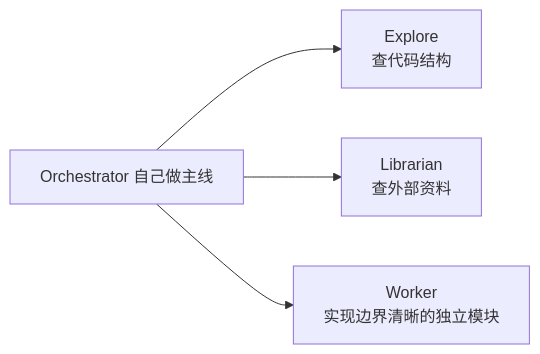
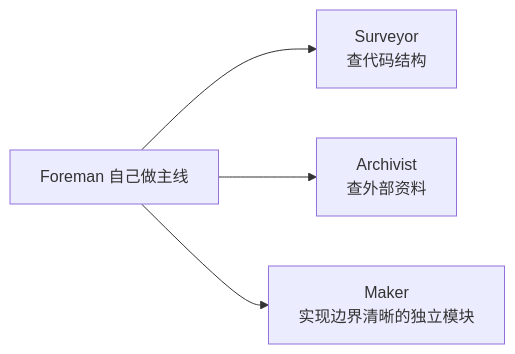
Before and after one commit to MinZhi624/opencode-personal-plugins: the third of 4 diagrams in plugins/opencode-matt-workshop/README.md, drawn with Mermaid. The commit also changed other lines of this file and 13 other files, not shown here.

````diff
--- a/plugins/opencode-matt-workshop/README.md
+++ b/plugins/opencode-matt-workshop/README.md
@@ -86,7 +88,7 @@
 ```mermaid
 flowchart LR
-    Main[Orchestrator 自己做主线]
-    Main --> Explore["Explore<br/>查代码结构"]
-    Main --> Librarian["Librarian<br/>查外部资料"]
-    Main --> Worker["Worker<br/>实现边界清晰的独立模块"]
+    Main[Foreman 自己做主线]
+    Main --> Surveyor["Surveyor<br/>查代码结构"]
+    Main --> Archivist["Archivist<br/>查外部资料"]
+    Main --> Maker["Maker<br/>实现边界清晰的独立模块"]
 ```
````
